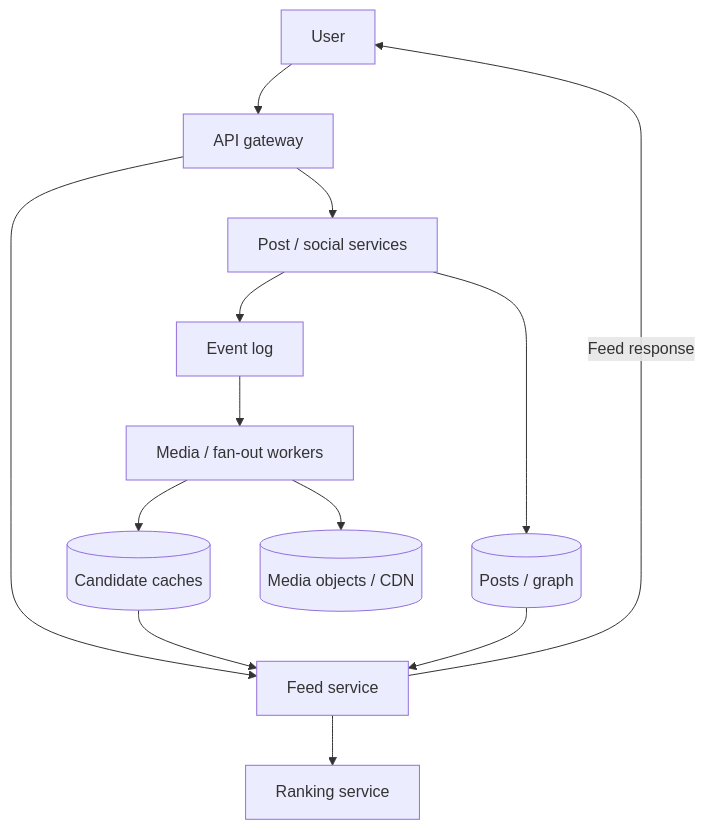
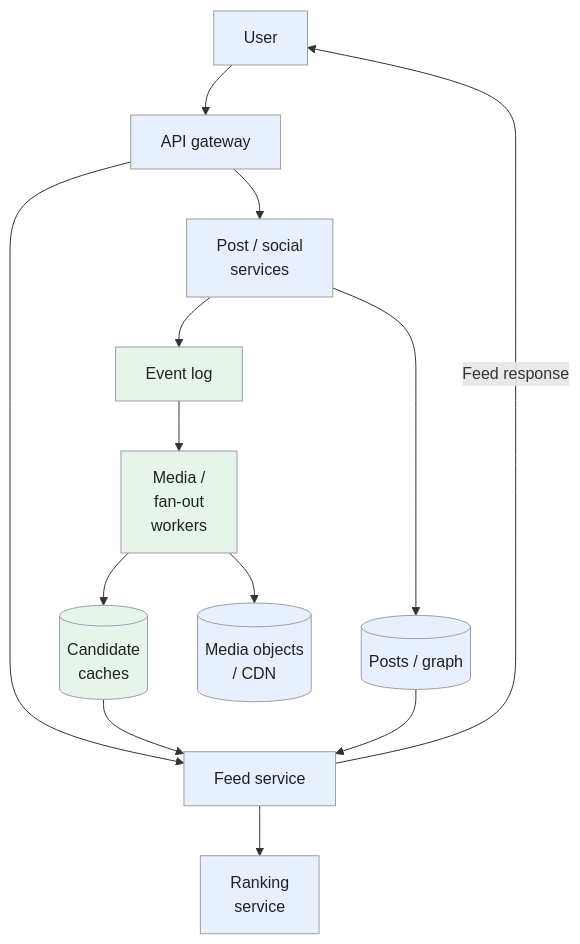
The first of 6 diagrams in _designs/system-design-news-feed.md (iliazlobin/iliazlobin.github.io), drawn with Mermaid before and after one commit. The commit also changed other lines of this file and 131 other files, not shown here.

````diff
--- a/_designs/system-design-news-feed.md
+++ b/_designs/system-design-news-feed.md
@@ -171,15 +171,20 @@
 ```mermaid
 flowchart TB
   U[User] --> API[API gateway]
-  API --> P[Post / social services]
+  API --> P["Post / social<br>services"]
   API --> F[Feed service]
   P --> DB[(Posts / graph)]
   P --> Q[Event log]
-  Q --> W[Media / fan-out workers]
-  W --> C[(Candidate caches)]
-  W --> O[(Media objects / CDN)]
+  Q --> W["Media /<br>fan-out<br>workers"]
+  W --> C[("Candidate<br>caches")]
+  W --> O[("Media objects<br>/ CDN")]
   C --> F
   DB --> F
-  F --> R[Ranking service]
+  F --> R["Ranking<br>service"]
   F -->|Feed response| U
+  classDef request fill:#e8f0fe,stroke:#9aa0a6,color:#202124,stroke-width:1px
+  classDef background fill:#e6f4ea,stroke:#9aa0a6,color:#202124,stroke-width:1px
+  classDef control fill:#fef7e0,stroke:#9aa0a6,color:#202124,stroke-width:1px
+  class U,API,P,F,DB,O,R request
+  class Q,W,C background
 ```
````
